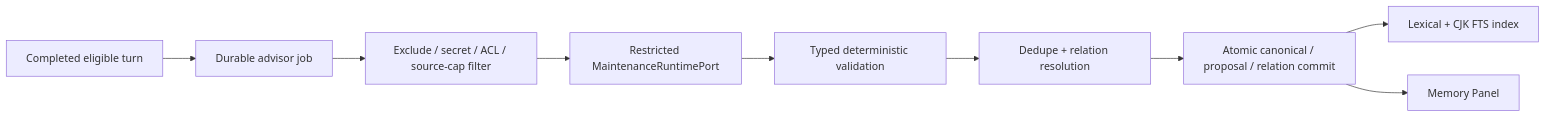
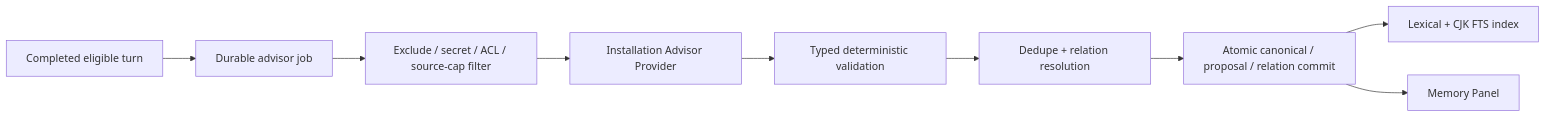
One commit to CKang-J/Kith-space changed the ninth of 13 diagrams in docs/kith-space/agent-harness-v2-mechanisms.md. Above: the diagram before and after it, drawn with Mermaid. The commit also changed other lines of this file and 107 other files, not shown here.

First line of the commit message:
feat: 实现系统级可替换记忆 Advisor Provider

````diff
--- a/docs/kith-space/agent-harness-v2-mechanisms.md
+++ b/docs/kith-space/agent-harness-v2-mechanisms.md
@@ -514,21 +514,21 @@
 ```mermaid
 flowchart LR
   Turn["Completed eligible turn"]
   Job["Durable advisor job"]
   Filter["Exclude / secret / ACL / source-cap filter"]
-  Maintenance["Restricted MaintenanceRuntimePort"]
+  Maintenance["Installation Advisor Provider"]
   Validate["Typed deterministic validation"]
   Dedupe["Dedupe + relation resolution"]
   Commit["Atomic canonical / proposal / relation commit"]
   Index["Lexical + CJK FTS index"]
   UI["Memory Panel"]
 
   Turn --> Job
   Job --> Filter
   Filter --> Maintenance
   Maintenance --> Validate
   Validate --> Dedupe
   Dedupe --> Commit
   Commit --> Index
   Commit --> UI
 ```
````
